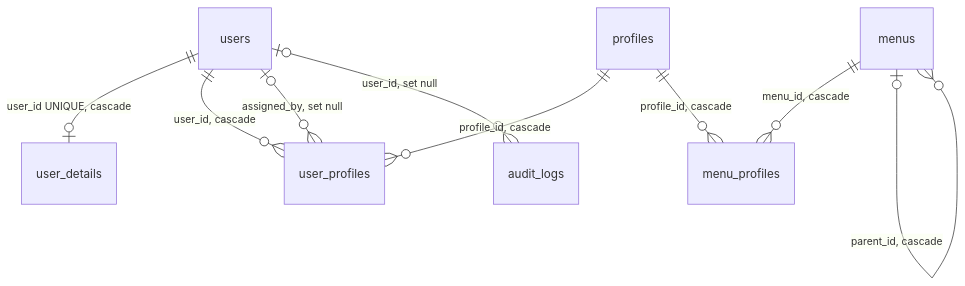
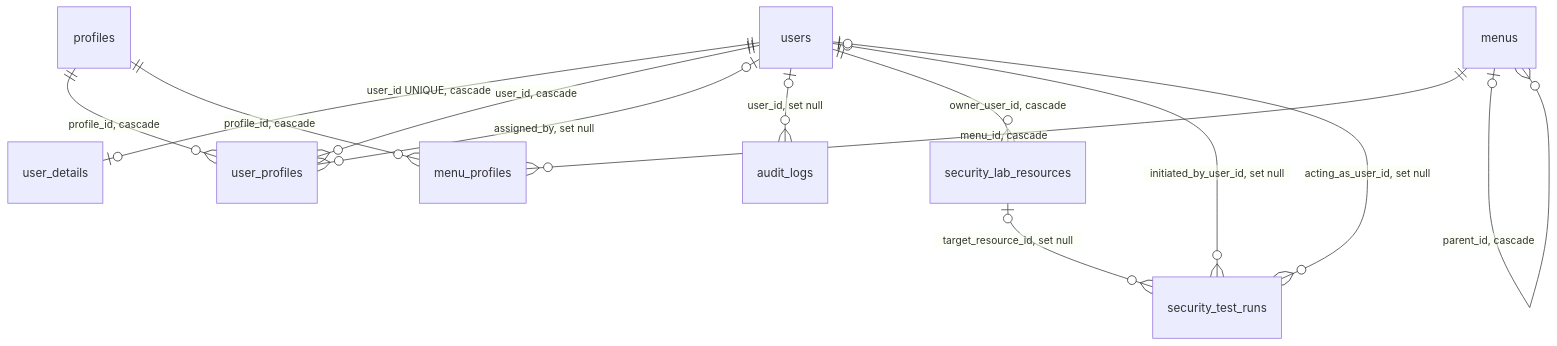
The diagram in docs/database/schema.md (RafaSantos04/NAPI), drawn with Mermaid before and after one commit. The commit also changed other lines of this file and 18 other files, not shown here.

Commit message:
docs(security): documenta Fase 5.1 com ADR-0010, IDOR/BOLA, Engineering Gate, threat model do laboratório, schema, invariantes 21 a 23, hashes reais da 4.2 e variável SECURITY_LAB_ENABLED no .env.example

````diff
--- a/docs/database/schema.md
+++ b/docs/database/schema.md
@@ -11,11 +11,15 @@
 ```mermaid
 erDiagram
     users ||--o| user_details : "user_id UNIQUE, cascade"
     users ||--o{ user_profiles : "user_id, cascade"
     profiles ||--o{ user_profiles : "profile_id, cascade"
     users |o--o{ user_profiles : "assigned_by, set null"
     profiles ||--o{ menu_profiles : "profile_id, cascade"
     menus ||--o{ menu_profiles : "menu_id, cascade"
     menus |o--o{ menus : "parent_id, cascade"
     users |o--o{ audit_logs : "user_id, set null"
+    users ||--o{ security_lab_resources : "owner_user_id, cascade"
+    users |o--o{ security_test_runs : "initiated_by_user_id, set null"
+    users |o--o{ security_test_runs : "acting_as_user_id, set null"
+    security_lab_resources |o--o{ security_test_runs : "target_resource_id, set null"
 ```
````
